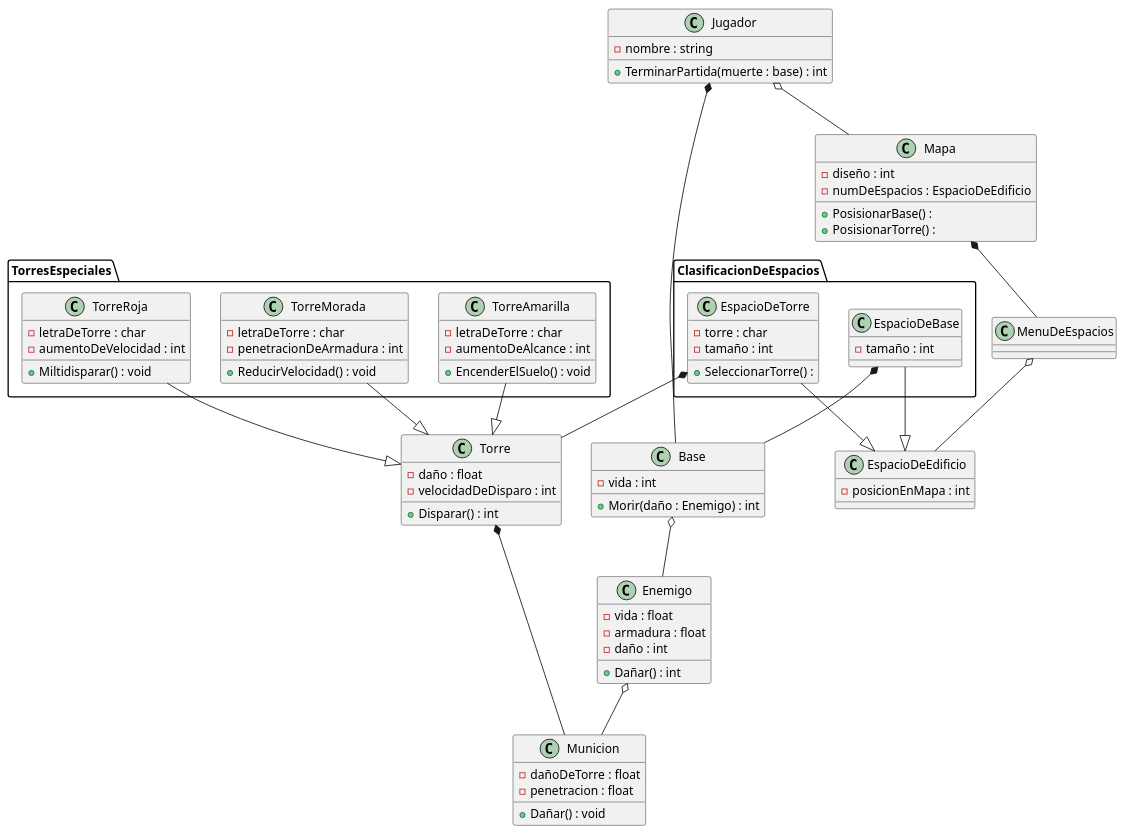
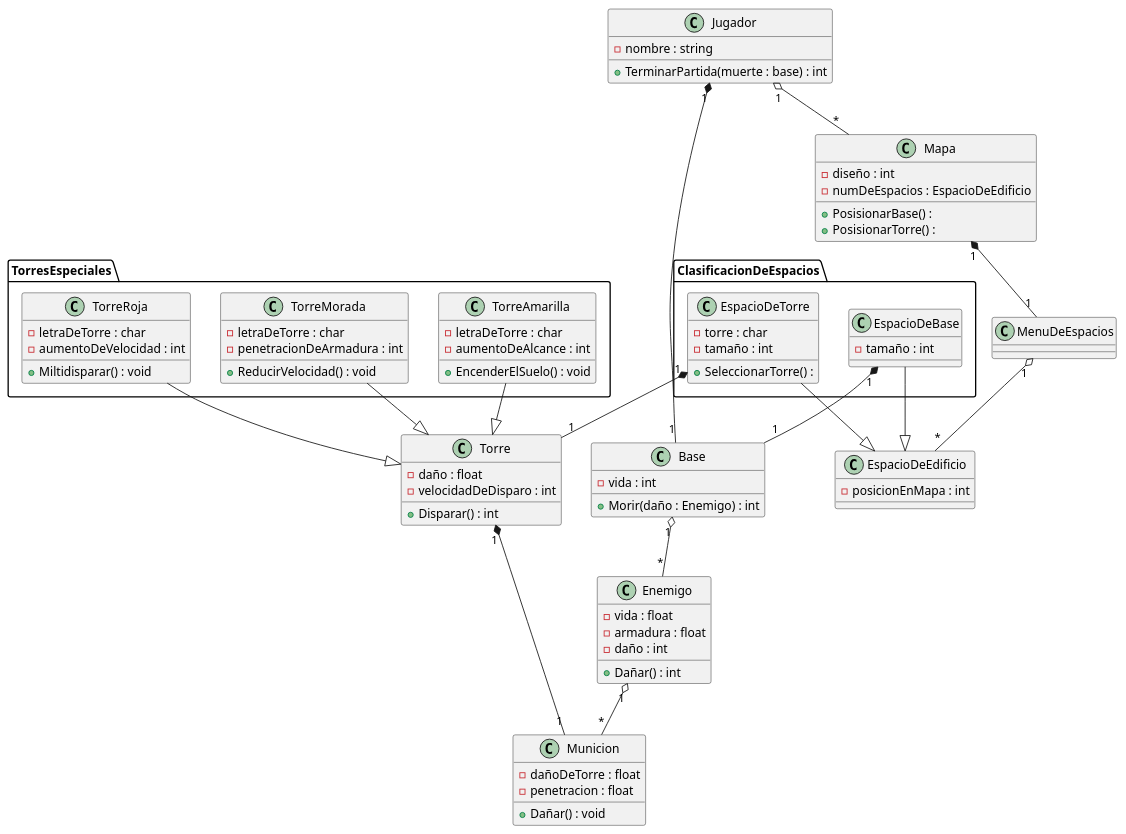
The diagram in docs/TDG.puml (GustavoFern/tower-defense), drawn with PlantUML before and after one commit.

Commit message:
v0:202 "Multiplicidad del UML"

```diff
--- a/docs/TDG.puml
+++ b/docs/TDG.puml
@@ -1,84 +1,84 @@
 @startuml TDG
 
 class Jugador{
     -nombre : string
     +TerminarPartida(muerte : base) : int
 }
 class Torre{
     -daño : float
     -velocidadDeDisparo : int
     +Disparar() : int
 }
 class Base{
     -vida : int
     +Morir(daño : Enemigo) : int
 }
 class Enemigo{
     -vida : float
     -armadura : float
     -daño : int
     +Dañar() : int
 }
 class Mapa{
     -diseño : int
     -numDeEspacios : EspacioDeEdificio
     +PosisionarBase() : 
     +PosisionarTorre() : 
 }
 class EspacioDeEdificio{
     -posicionEnMapa : int
 }
 package ClasificacionDeEspacios{
 class EspacioDeTorre{
     -torre : char
     -tamaño : int
     +SeleccionarTorre() : 
 }
 class EspacioDeBase{
     -tamaño : int
 }
 }
 package TorresEspeciales{
     class TorreRoja{
         -letraDeTorre : char
         -aumentoDeVelocidad : int
         +Miltidisparar() : void
     }
     class TorreAmarilla{
         -letraDeTorre : char
         -aumentoDeAlcance : int
         +EncenderElSuelo() : void
     }
     class TorreMorada{
         -letraDeTorre : char
         -penetracionDeArmadura : int
         +ReducirVelocidad() : void
     }
 }
 class Municion{
     -dañoDeTorre : float
     -penetracion : float
     +Dañar() : void
 }
 class MenuDeEspacios{
 
 }
 
 
 TorreRoja --|> Torre
 TorreAmarilla --|> Torre
 TorreMorada --|> Torre
 EspacioDeTorre --|> EspacioDeEdificio
 EspacioDeBase --|> EspacioDeEdificio
-Jugador *-- Base
-Base o-- Enemigo
-Enemigo o-- Municion
-Torre *-- Municion
-MenuDeEspacios o-- EspacioDeEdificio
-Jugador o-- Mapa
-EspacioDeBase *-- Base
-EspacioDeTorre *-- Torre
-Mapa *-- MenuDeEspacios
+Jugador "1" *-- "1" Base
+Base "1" o-- "*" Enemigo
+Enemigo "1" o-- "*" Municion
+Torre "1" *-- "1" Municion
+MenuDeEspacios "1" o-- "*" EspacioDeEdificio
+Jugador "1" o-- "*" Mapa
+EspacioDeBase "1" *-- "1" Base
+EspacioDeTorre "1" *-- "1" Torre
+Mapa "1" *-- "1" MenuDeEspacios
 
 
 @enduml 
```
